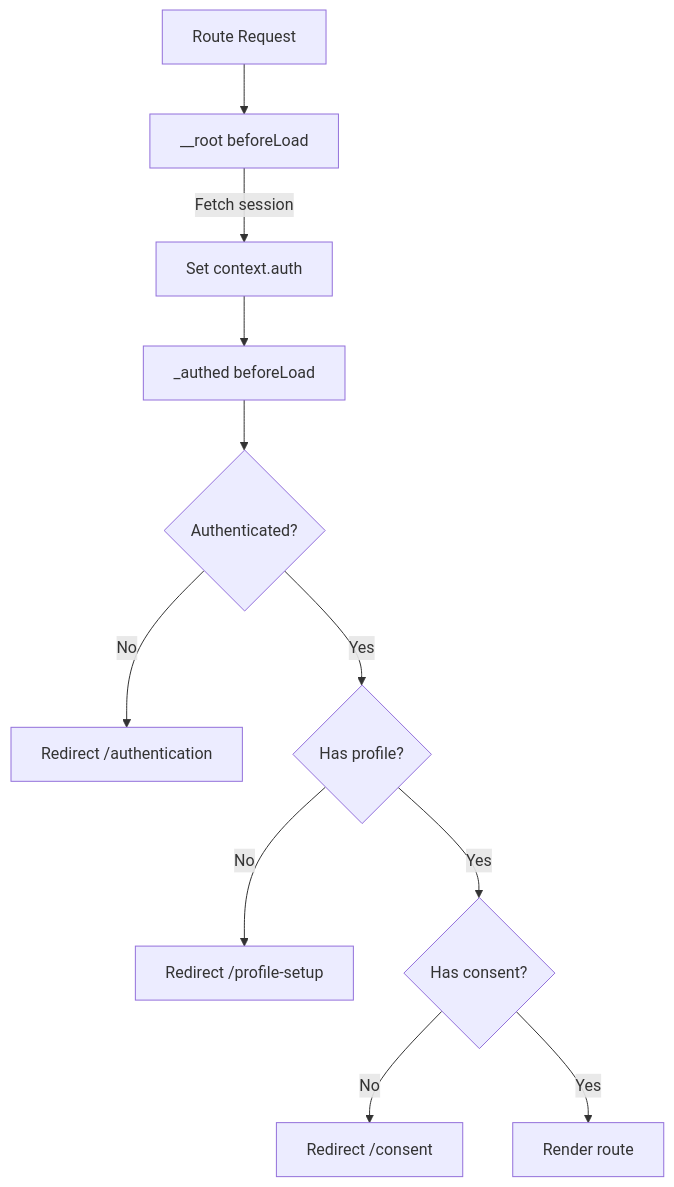
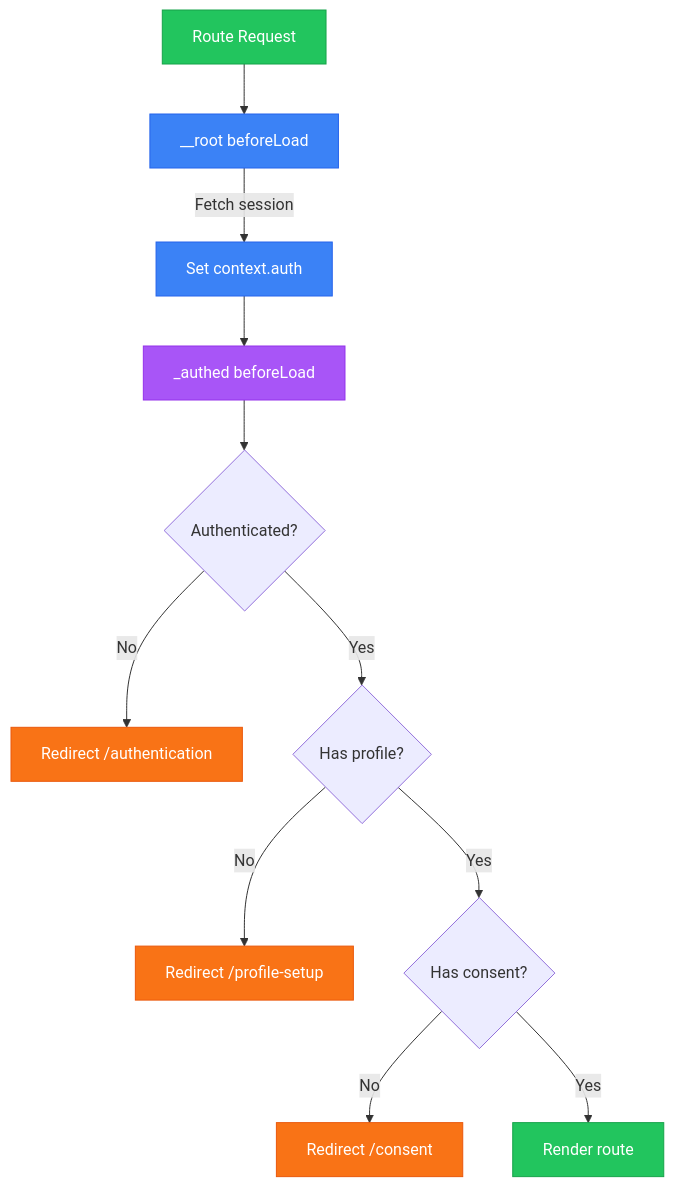
Before and after one commit to Natural-Highs/live: the second of 2 diagrams in docs/project/05-routing.md, drawn with Mermaid. The commit also changed other lines of this file and 11 other files, not shown here.

````diff
--- a/docs/project/05-routing.md
+++ b/docs/project/05-routing.md
@@ -174,13 +189,22 @@
 ```mermaid
 flowchart TD
     REQ[Route Request] --> ROOT[__root beforeLoad]
     ROOT --> |Fetch session| CTX[Set context.auth]
     CTX --> LAYOUT[_authed beforeLoad]
     LAYOUT --> AUTH{Authenticated?}
     AUTH -->|No| LOGIN[Redirect /authentication]
     AUTH -->|Yes| PROFILE{Has profile?}
     PROFILE -->|No| SETUP[Redirect /profile-setup]
     PROFILE -->|Yes| CONSENT{Has consent?}
     CONSENT -->|No| FORM[Redirect /consent]
     CONSENT -->|Yes| RENDER[Render route]
+
+    style REQ fill:#22c55e,stroke:#16a34a,color:#fff
+    style ROOT fill:#3b82f6,stroke:#2563eb,color:#fff
+    style CTX fill:#3b82f6,stroke:#2563eb,color:#fff
+    style LAYOUT fill:#a855f7,stroke:#9333ea,color:#fff
+    style LOGIN fill:#f97316,stroke:#ea580c,color:#fff
+    style SETUP fill:#f97316,stroke:#ea580c,color:#fff
+    style FORM fill:#f97316,stroke:#ea580c,color:#fff
+    style RENDER fill:#22c55e,stroke:#16a34a,color:#fff
 ```
````
